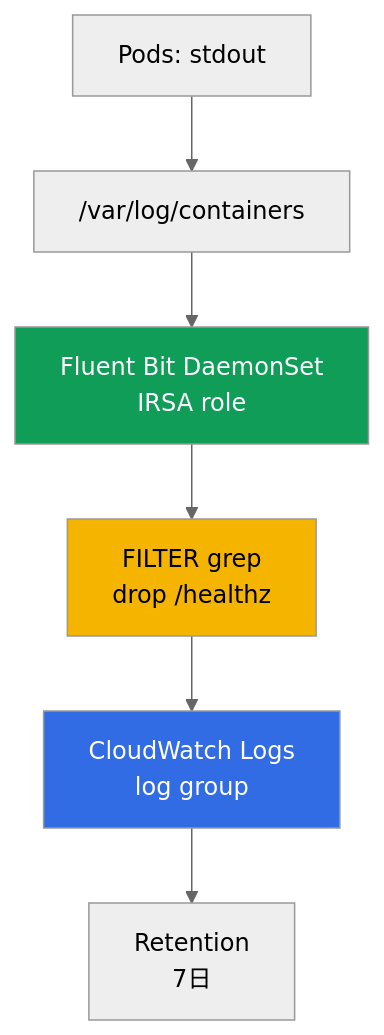
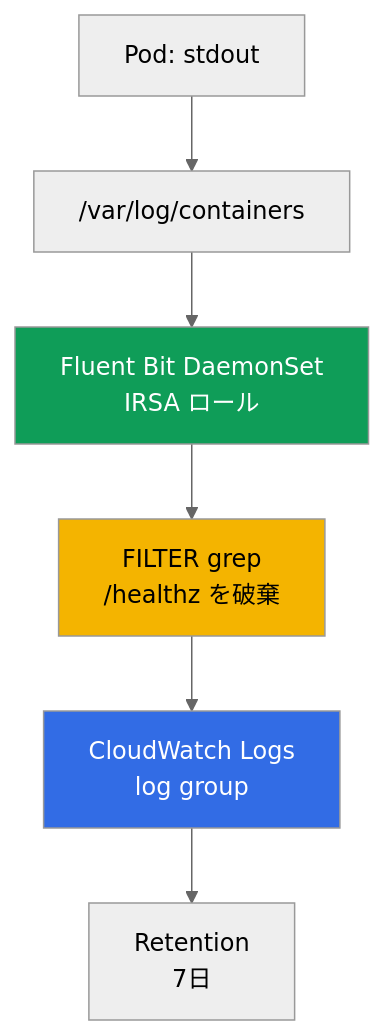
One commit to ViktorUJ/cks changed the first of 2 diagrams in tasks/eks/labs/115/README_JP.MD. Above: the diagram before and after it, drawn with Mermaid (neutral theme). The commit also changed 221 other files, not shown here.

````diff
--- a/tasks/eks/labs/115/README_JP.MD
+++ b/tasks/eks/labs/115/README_JP.MD
@@ -46,13 +46,13 @@
 ```mermaid
 flowchart TB
-    app["Pods: stdout"]
+    app["Pod: stdout"]
     files["/var/log/containers"]
-    fb["Fluent Bit DaemonSet<br>IRSA role"]
-    filt["FILTER grep<br>drop /healthz"]
+    fb["Fluent Bit DaemonSet<br>IRSA ロール"]
+    filt["FILTER grep<br>/healthz を破棄"]
     cw["CloudWatch Logs<br>log group"]
     ret["Retention<br>7日"]
     app --> files --> fb --> filt --> cw --> ret
     style fb fill:#0f9d58,color:#fff
     style filt fill:#f4b400,color:#000
     style cw fill:#326ce5,color:#fff
 ```
````
